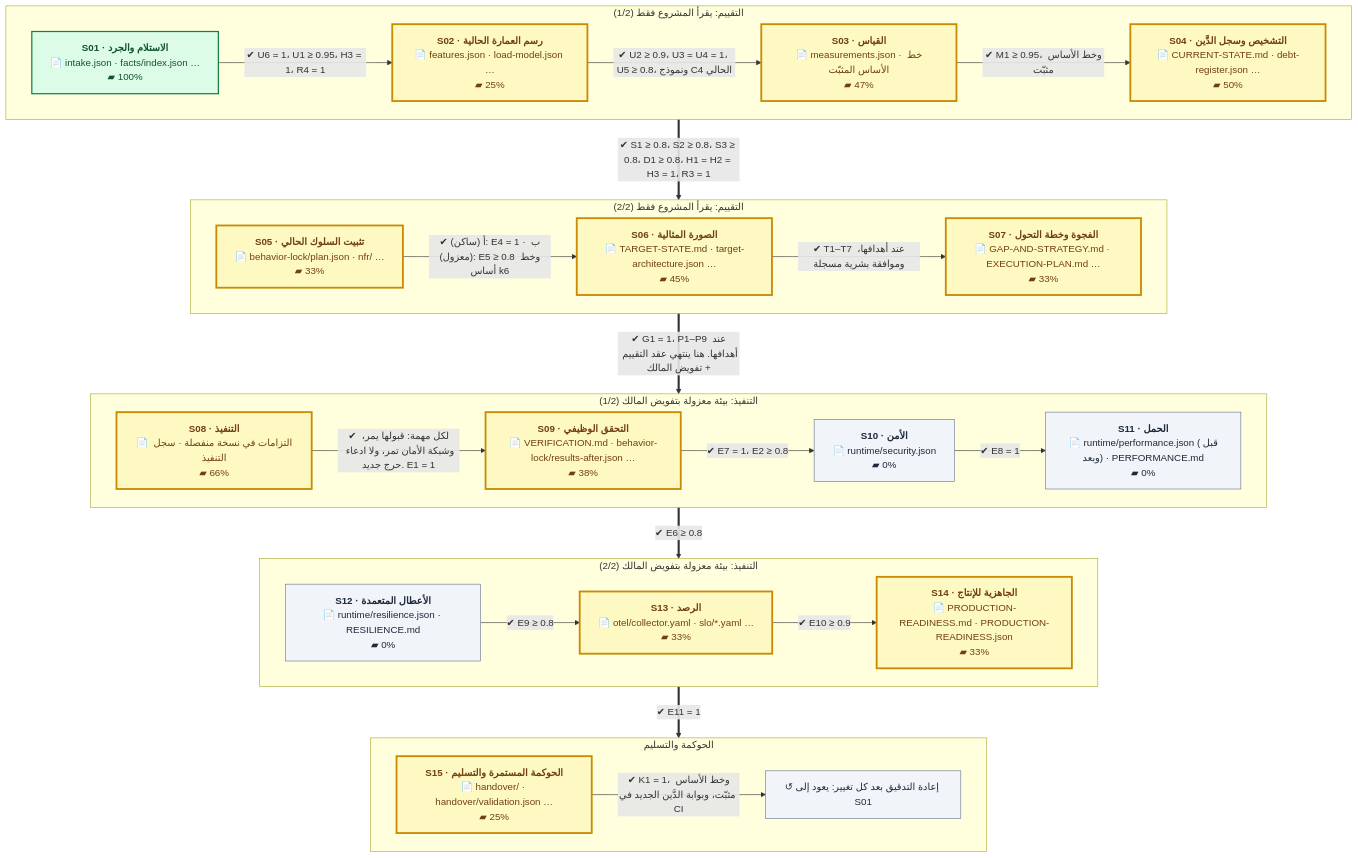
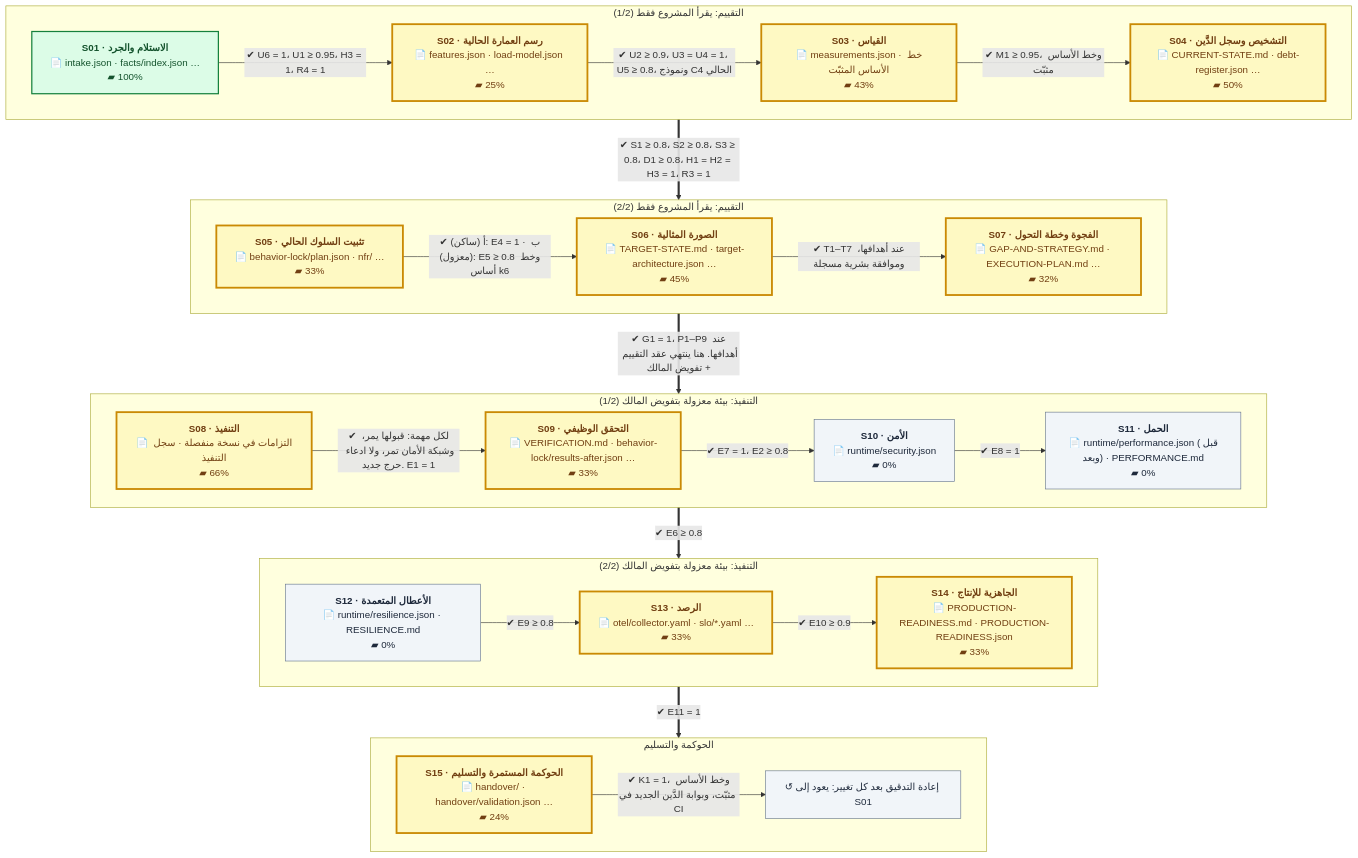
One commit to eom1417/engineering-audit-os changed the first of 2 diagrams in README.md. Above: the diagram before and after it, drawn with Mermaid. The commit also changed other lines of this file and 23 other files, not shown here.

````diff
--- a/README.md
+++ b/README.md
@@ -52,54 +52,54 @@
 ```mermaid
 %%{init: {'flowchart': {'wrappingWidth': 260, 'nodeSpacing': 40, 'rankSpacing': 60}}}%%
 flowchart TB
     subgraph P1["التقييم: يقرأ المشروع فقط (1/2)"]
         direction LR
         S01["<b>S01 · الاستلام والجرد</b><br/>📄 intake.json · facts/index.json …<br/>▰ 100%"]:::done
         S02["<b>S02 · رسم العمارة الحالية</b><br/>📄 features.json · load-model.json …<br/>▰ 25%"]:::current
-        S03["<b>S03 · القياس</b><br/>📄 measurements.json · خط الأساس المثبّت<br/>▰ 47%"]:::current
+        S03["<b>S03 · القياس</b><br/>📄 measurements.json · خط الأساس المثبّت<br/>▰ 43%"]:::current
         S04["<b>S04 · التشخيص وسجل الدَّين</b><br/>📄 CURRENT-STATE.md · debt-register.json …<br/>▰ 50%"]:::current
         S01 -->|"✔ U6 = 1، U1 ≥ 0.95، H3 = 1، R4 = 1"| S02
         S02 -->|"✔ U2 ≥ 0.9، U3 = U4 = 1، U5 ≥ 0.8، ونموذج C4 الحالي"| S03
         S03 -->|"✔ M1 ≥ 0.95، وخط الأساس مثبّت"| S04
     end
     subgraph P2["التقييم: يقرأ المشروع فقط (2/2)"]
         direction LR
         S05["<b>S05 · تثبيت السلوك الحالي</b><br/>📄 behavior-lock/plan.json · nfr/ …<br/>▰ 33%"]:::current
         S06["<b>S06 · الصورة المثالية</b><br/>📄 TARGET-STATE.md · target-architecture.json …<br/>▰ 45%"]:::current
-        S07["<b>S07 · الفجوة وخطة التحول</b><br/>📄 GAP-AND-STRATEGY.md · EXECUTION-PLAN.md …<br/>▰ 33%"]:::current
+        S07["<b>S07 · الفجوة وخطة التحول</b><br/>📄 GAP-AND-STRATEGY.md · EXECUTION-PLAN.md …<br/>▰ 32%"]:::current
         S05 -->|"✔ أ (ساكن): E4 = 1 · ب (معزول): E5 ≥ 0.8 وخط أساس k6"| S06
         S06 -->|"✔ T1–T7 عند أهدافها، وموافقة بشرية مسجلة"| S07
     end
     subgraph P3["التنفيذ: بيئة معزولة بتفويض المالك (1/2)"]
         direction LR
         S08["<b>S08 · التنفيذ</b><br/>📄 التزامات في نسخة منفصلة · سجل التنفيذ<br/>▰ 66%"]:::current
-        S09["<b>S09 · التحقق الوظيفي</b><br/>📄 VERIFICATION.md · behavior-lock/results-after.json …<br/>▰ 38%"]:::current
+        S09["<b>S09 · التحقق الوظيفي</b><br/>📄 VERIFICATION.md · behavior-lock/results-after.json …<br/>▰ 33%"]:::current
         S10["<b>S10 · الأمن</b><br/>📄 runtime/security.json<br/>▰ 0%"]:::next
         S11["<b>S11 · الحمل</b><br/>📄 runtime/performance.json (قبل وبعد) · PERFORMANCE.md<br/>▰ 0%"]:::next
         S08 -->|"✔ لكل مهمة: قبولها يمر، وشبكة الأمان تمر، ولا ادعاء حرج جديد. E1 = 1"| S09
         S09 -->|"✔ E7 = 1، E2 ≥ 0.8"| S10
         S10 -->|"✔ E8 = 1"| S11
     end
     subgraph P4["التنفيذ: بيئة معزولة بتفويض المالك (2/2)"]
         direction LR
         S12["<b>S12 · الأعطال المتعمدة</b><br/>📄 runtime/resilience.json · RESILIENCE.md<br/>▰ 0%"]:::next
         S13["<b>S13 · الرصد</b><br/>📄 otel/collector.yaml · slo/*.yaml …<br/>▰ 33%"]:::current
         S14["<b>S14 · الجاهزية للإنتاج</b><br/>📄 PRODUCTION-READINESS.md · PRODUCTION-READINESS.json<br/>▰ 33%"]:::current
         S12 -->|"✔ E9 ≥ 0.8"| S13
         S13 -->|"✔ E10 ≥ 0.9"| S14
     end
     subgraph P5["الحوكمة والتسليم"]
         direction LR
-        S15["<b>S15 · الحوكمة المستمرة والتسليم</b><br/>📄 handover/ · handover/validation.json …<br/>▰ 25%"]:::current
+        S15["<b>S15 · الحوكمة المستمرة والتسليم</b><br/>📄 handover/ · handover/validation.json …<br/>▰ 24%"]:::current
         LOOP["↺ إعادة التدقيق بعد كل تغيير: يعود إلى S01"]:::next
         S15 -->|"✔ K1 = 1، وخط الأساس مثبّت، وبوابة الدَّين الجديد في CI"| LOOP
     end
     P1 ==>|"✔ S1 ≥ 0.8، S2 ≥ 0.8، S3 ≥ 0.8، D1 ≥ 0.8، H1 = H2 = H3 = 1، R3 = 1"| P2
     P2 ==>|"✔ G1 = 1، P1–P9 عند أهدافها. هنا ينتهي عقد التقييم + تفويض المالك"| P3
     P3 ==>|"✔ E6 ≥ 0.8"| P4
     P4 ==>|"✔ E11 = 1"| P5
     classDef done fill:#dcfce7,stroke:#15803d,color:#14532d,stroke-width:2px
     classDef current fill:#fef9c3,stroke:#ca8a04,color:#713f12,stroke-width:3px
     classDef next fill:#f1f5f9,stroke:#64748b,color:#1e293b
     classDef owner fill:#fee2e2,stroke:#b91c1c,color:#7f1d1d,stroke-dasharray:5 3
 ```
````
